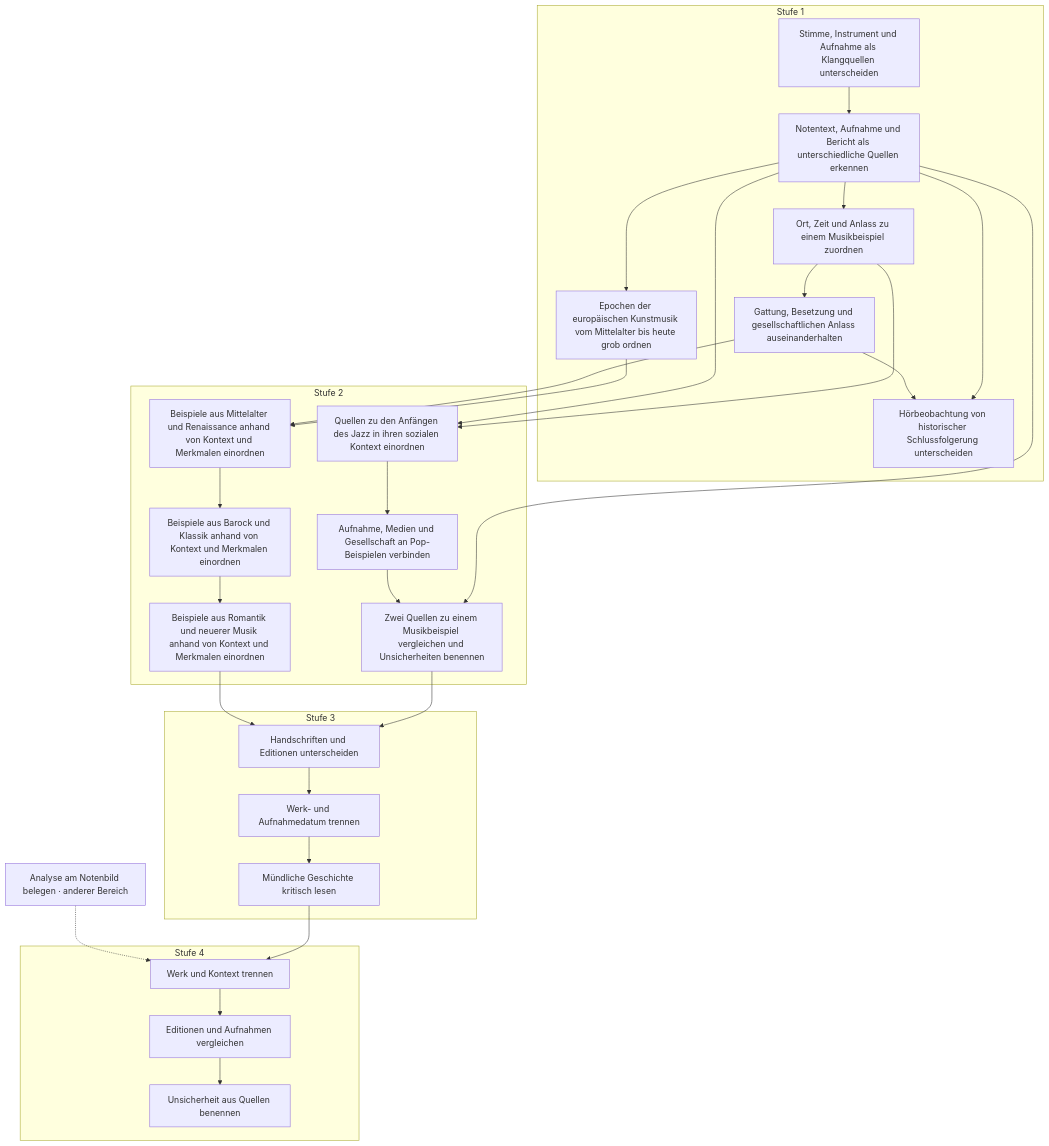
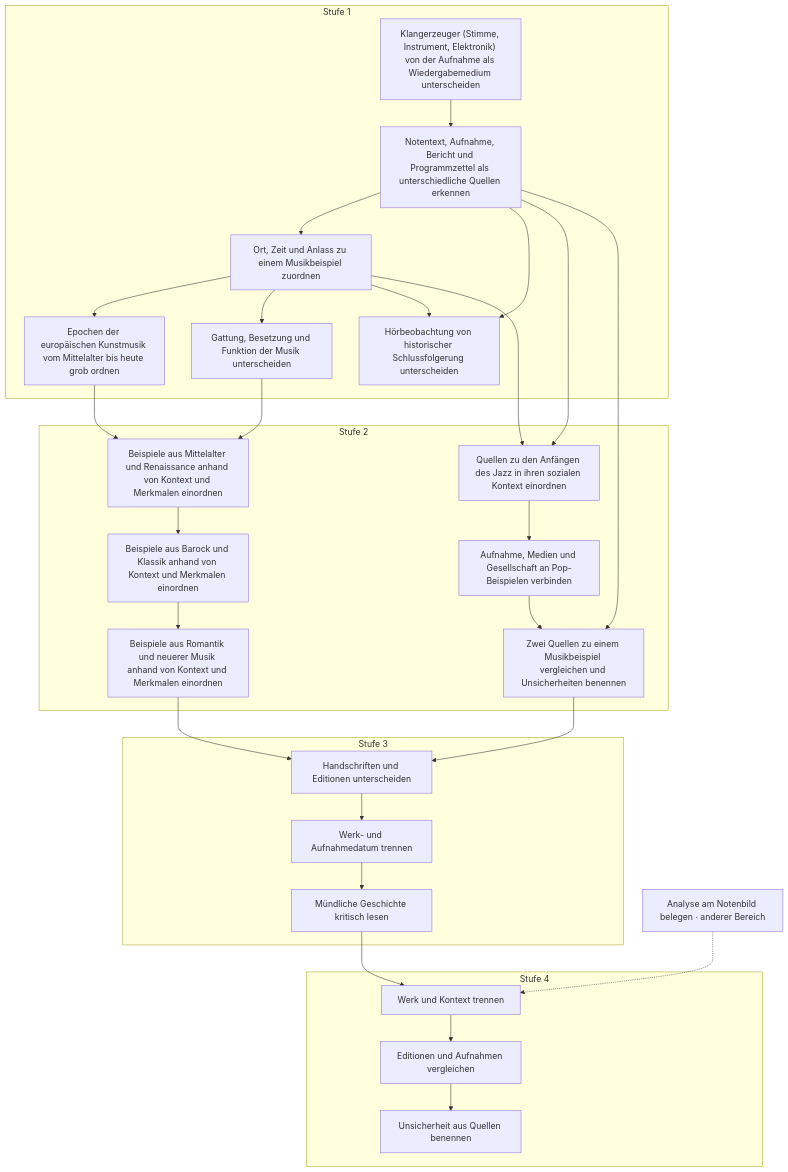
One commit to PhiFa96/harmonia changed the ninth of 16 diagrams in docs/plan/faehigkeitsgraph-diagramme.md. Above: the diagram before and after it, drawn with Mermaid. The commit also changed other lines of this file and 16 other files, not shown here.

First line of the commit message:
fix(content): Graphkorrekturen Stufe 1 und 2 aus der Fachprüfung (Katalogversion 17)

````diff
--- a/docs/plan/faehigkeitsgraph-diagramme.md
+++ b/docs/plan/faehigkeitsgraph-diagramme.md
@@ -683,53 +696,53 @@
 ```mermaid
 flowchart TD
   subgraph level1["Stufe 1"]
-    s34["Stimme, Instrument und Aufnahme als Klangquellen unterscheiden"]
-    s35["Notentext, Aufnahme und Bericht als unterschiedliche Quellen erkennen"]
+    s34["Klangerzeuger (Stimme, Instrument, Elektronik) von der Aufnahme als Wiedergabemedium unterscheiden"]
+    s35["Notentext, Aufnahme, Bericht und Programmzettel als unterschiedliche Quellen erkennen"]
     s36["Ort, Zeit und Anlass zu einem Musikbeispiel zuordnen"]
     s37["Epochen der europäischen Kunstmusik vom Mittelalter bis heute grob ordnen"]
-    s38["Gattung, Besetzung und gesellschaftlichen Anlass auseinanderhalten"]
+    s38["Gattung, Besetzung und Funktion der Musik unterscheiden"]
     s39["Hörbeobachtung von historischer Schlussfolgerung unterscheiden"]
   end
   subgraph level2["Stufe 2"]
     s84["Beispiele aus Mittelalter und Renaissance anhand von Kontext und Merkmalen einordnen"]
     s85["Beispiele aus Barock und Klassik anhand von Kontext und Merkmalen einordnen"]
     s86["Beispiele aus Romantik und neuerer Musik anhand von Kontext und Merkmalen einordnen"]
     s87["Quellen zu den Anfängen des Jazz in ihren sozialen Kontext einordnen"]
     s88["Aufnahme, Medien und Gesellschaft an Pop-Beispielen verbinden"]
     s89["Zwei Quellen zu einem Musikbeispiel vergleichen und Unsicherheiten benennen"]
   end
   subgraph level3["Stufe 3"]
     s123["Handschriften und Editionen unterscheiden"]
     s124["Werk- und Aufnahmedatum trennen"]
     s125["Mündliche Geschichte kritisch lesen"]
   end
   subgraph level4["Stufe 4"]
     s162["Werk und Kontext trennen"]
     s163["Editionen und Aufnahmen vergleichen"]
     s164["Unsicherheit aus Quellen benennen"]
   end
   s149["Analyse am Notenbild belegen · anderer Bereich"]
   s34 --> s35
   s35 --> s36
-  s35 --> s37
+  s36 --> s37
   s36 --> s38
   s35 --> s39
-  s38 --> s39
+  s36 --> s39
   s37 --> s84
   s38 --> s84
   s84 --> s85
   s85 --> s86
   s36 --> s87
   s35 --> s87
   s87 --> s88
   s35 --> s89
   s88 --> s89
   s89 --> s123
   s86 --> s123
   s123 --> s124
   s124 --> s125
   s125 --> s162
   s149 -.-> s162
   s162 --> s163
   s163 --> s164
 ```
````
